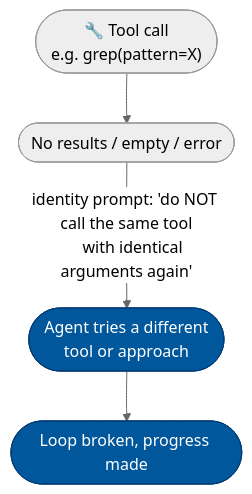
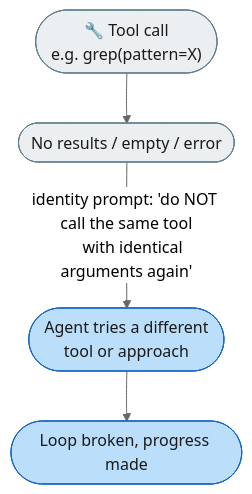
Before and after one commit to michaelatamuk/agentic-desk: the second of 2 diagrams in docs-michael/issues/12-bug-anti-repetition-prompt.md, drawn with Mermaid (neutral theme). The commit also changed other lines of this file and 6 other files, not shown here.

````diff
--- a/docs-michael/issues/12-bug-anti-repetition-prompt.md
+++ b/docs-michael/issues/12-bug-anti-repetition-prompt.md
@@ -86,16 +87,17 @@
 ```mermaid
 flowchart TD
-    classDef fix fill:#2E7D32,color:#fff,stroke:#1B5E20
-    classDef ok  fill:#01579B,color:#fff,stroke:#003c74
+    classDef fix   fill:#C8E6C9,color:#1a1a1a,stroke:#2E7D32
+    classDef ok    fill:#BBDEFB,color:#1a1a1a,stroke:#1565C0
+    classDef plain fill:#ECEFF1,color:#1a1a1a,stroke:#607D8B
 
     CALL(["🔧 Tool call
-    e.g. grep(pattern=X)"])
+    e.g. grep(pattern=X)"]):::plain
 
-    CALL --> RESULT(["No results / empty / error"])
+    CALL --> RESULT(["No results / empty / error"]):::plain
 
     RESULT -->|"identity prompt: 'do NOT call the same tool
     with identical arguments again'"| SWITCH(["Agent tries a different
     tool or approach"]):::ok
 
     SWITCH --> DONE(["Loop broken, progress made"]):::ok
 ```
````
